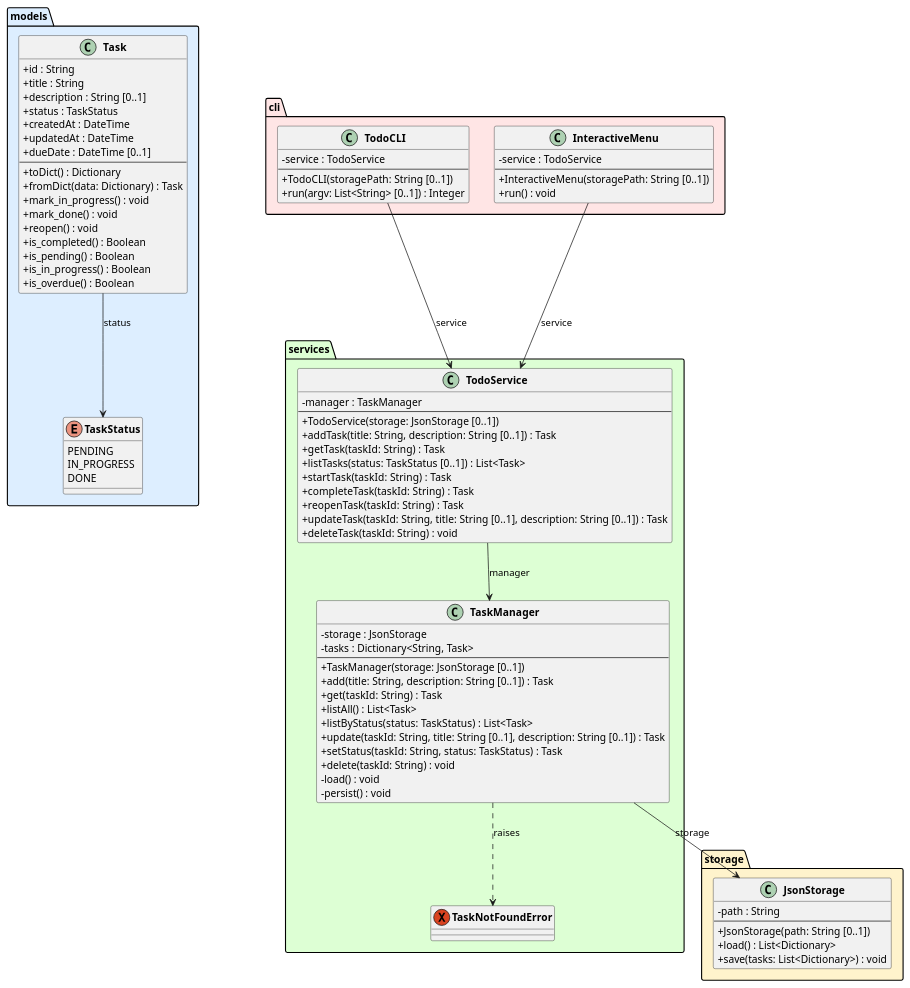
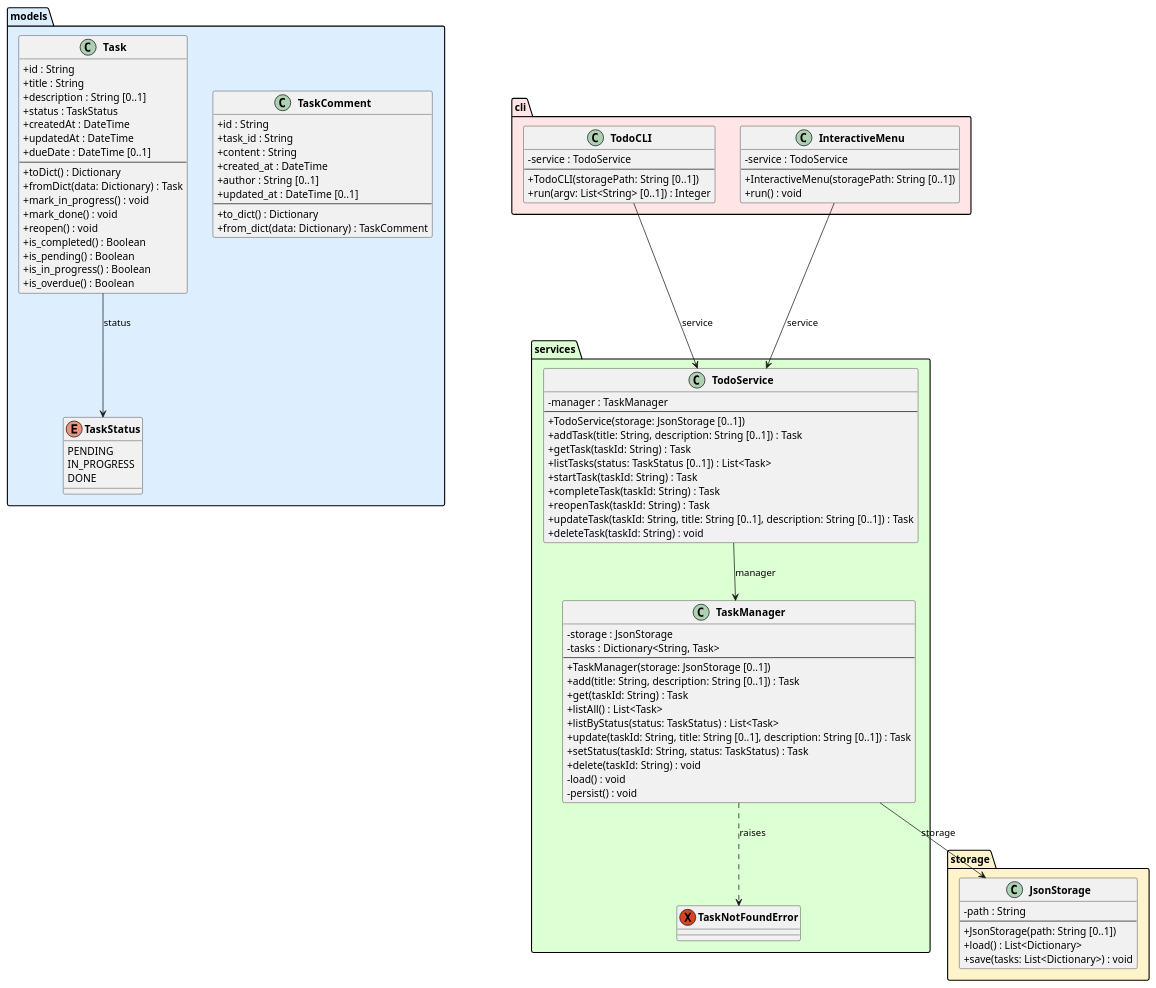
The diagram in experiments/supervisor_as_tools/test_driven/TODO/artifacts/class_diagram.puml (DanielRiha8906/Software_autoevolution_using_agents), drawn with PlantUML before and after one commit. The commit also changed 4 other files, not shown here.

First line of the commit message:
task 03 | Add TaskComment domain class

```diff
--- a/experiments/supervisor_as_tools/test_driven/TODO/artifacts/class_diagram.puml
+++ b/experiments/supervisor_as_tools/test_driven/TODO/artifacts/class_diagram.puml
@@ -1,101 +1,113 @@
 @startuml class_diagram
 
 skinparam classAttributeIconSize 0
 skinparam classFontStyle bold
 
 package "models" #DDEEFF {
     enum TaskStatus {
         PENDING
         IN_PROGRESS
         DONE
+    }
+
+    class TaskComment {
+        +id : String
+        +task_id : String
+        +content : String
+        +created_at : DateTime
+        +author : String [0..1]
+        +updated_at : DateTime [0..1]
+        --
+        +to_dict() : Dictionary
+        +from_dict(data: Dictionary) : TaskComment
     }
 
     class Task {
         +id : String
         +title : String
         +description : String [0..1]
         +status : TaskStatus
         +createdAt : DateTime
         +updatedAt : DateTime
         +dueDate : DateTime [0..1]
         --
         +toDict() : Dictionary
         +fromDict(data: Dictionary) : Task
         +mark_in_progress() : void
         +mark_done() : void
         +reopen() : void
         +is_completed() : Boolean
         +is_pending() : Boolean
         +is_in_progress() : Boolean
         +is_overdue() : Boolean
     }
 }
 
 package "storage" #FFF3CC {
     class JsonStorage {
         -path : String
         --
         +JsonStorage(path: String [0..1])
         +load() : List<Dictionary>
         +save(tasks: List<Dictionary>) : void
     }
 }
 
 package "services" #DDFFD4 {
     exception TaskNotFoundError
 
     class TaskManager {
         -storage : JsonStorage
         -tasks : Dictionary<String, Task>
         --
         +TaskManager(storage: JsonStorage [0..1])
         +add(title: String, description: String [0..1]) : Task
         +get(taskId: String) : Task
         +listAll() : List<Task>
         +listByStatus(status: TaskStatus) : List<Task>
         +update(taskId: String, title: String [0..1], description: String [0..1]) : Task
         +setStatus(taskId: String, status: TaskStatus) : Task
         +delete(taskId: String) : void
         -load() : void
         -persist() : void
     }
 
     class TodoService {
         -manager : TaskManager
         --
         +TodoService(storage: JsonStorage [0..1])
         +addTask(title: String, description: String [0..1]) : Task
         +getTask(taskId: String) : Task
         +listTasks(status: TaskStatus [0..1]) : List<Task>
         +startTask(taskId: String) : Task
         +completeTask(taskId: String) : Task
         +reopenTask(taskId: String) : Task
         +updateTask(taskId: String, title: String [0..1], description: String [0..1]) : Task
         +deleteTask(taskId: String) : void
     }
 }
 
 package "cli" #FFE5E5 {
     class TodoCLI {
         -service : TodoService
         --
         +TodoCLI(storagePath: String [0..1])
         +run(argv: List<String> [0..1]) : Integer
     }
 
     class InteractiveMenu {
         -service : TodoService
         --
         +InteractiveMenu(storagePath: String [0..1])
         +run() : void
     }
 }
 
 Task --> TaskStatus : status
 TaskManager --> JsonStorage : storage
 TaskManager ..> TaskNotFoundError : raises
 TodoService --> TaskManager : manager
 TodoCLI --> TodoService : service
 InteractiveMenu --> TodoService : service
 
 @enduml
```
